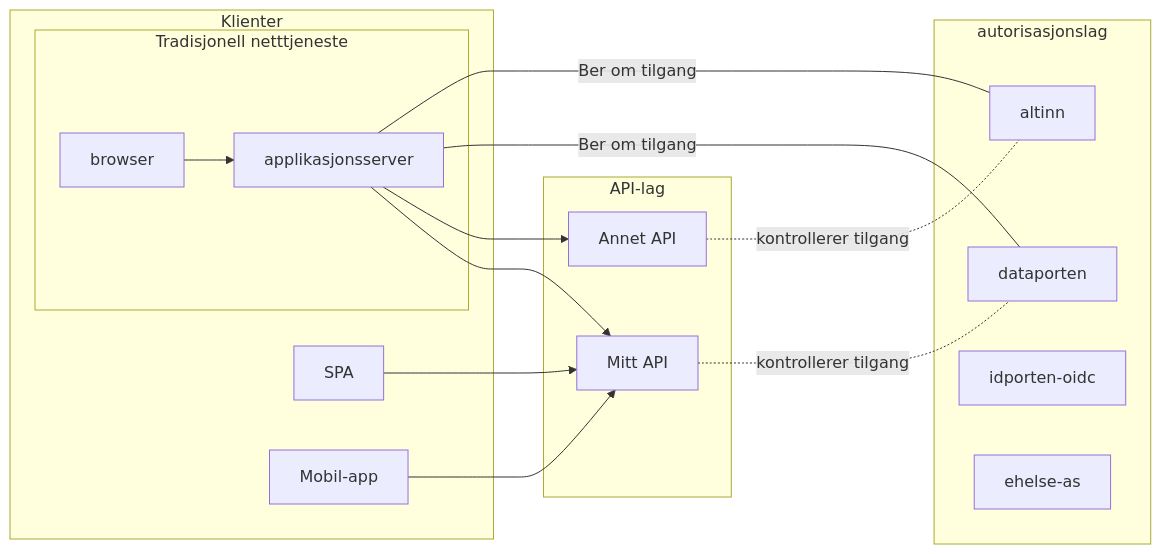
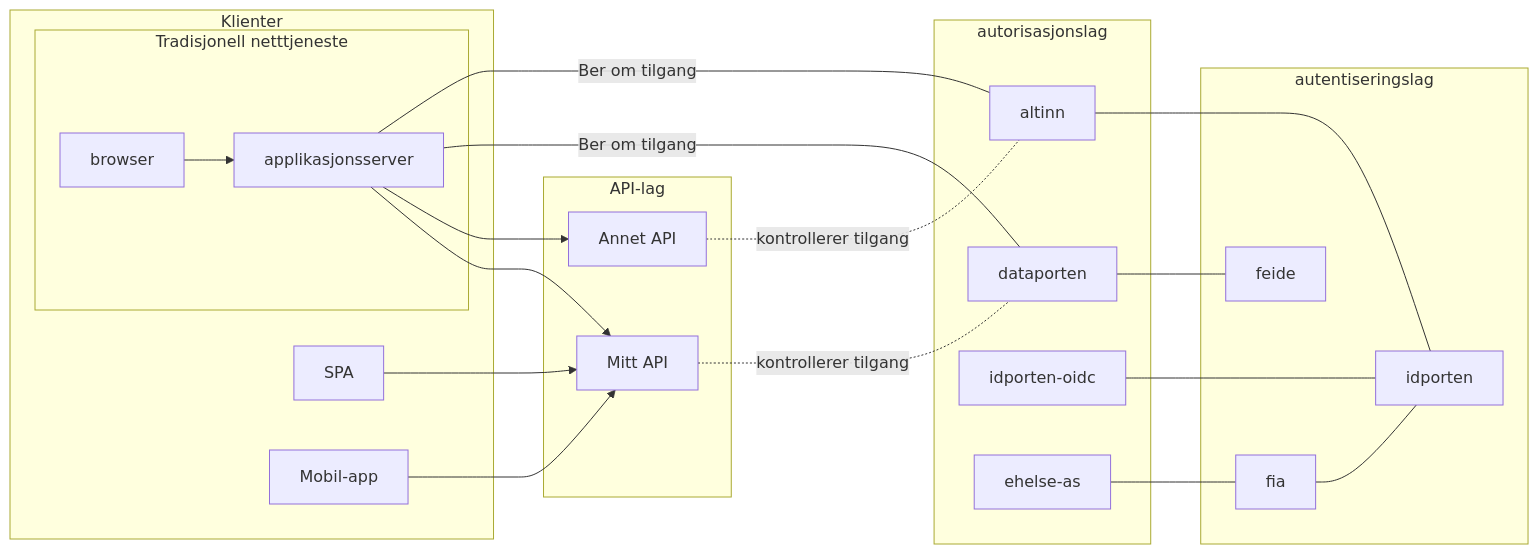
Before and after one commit to joergenb/oauth2-veileder: the diagram in pages/oauth2/systemlandskap.md, drawn with Mermaid. The commit also changed other lines of this file and 3 other files, not shown here.

```diff
--- a/pages/oauth2/systemlandskap.md
+++ b/pages/oauth2/systemlandskap.md
@@ -15,37 +15,49 @@
 <div class="mermaid">
 graph LR
 
  subgraph autorisasjonslag
   dataporten
   altinn
   idporten-oidc
   ehelse-as
  end
 
  subgraph API-lag
   mittapi["Mitt API"]
   dittapi["Annet API"]
 
   mittapi-. kontrollerer tilgang .- dataporten
   dittapi-. kontrollerer tilgang .- altinn
  end
 
  subgraph Klienter
   subgraph Tradisjonell netttjeneste
     browser
     applikasjonsserver
     browser-->applikasjonsserver
   end
   SPA
   native["Mobil-app"]
 
   applikasjonsserver-->mittapi
   applikasjonsserver-->dittapi
   applikasjonsserver-- Ber om tilgang --- dataporten
   applikasjonsserver-- Ber om tilgang --- altinn
 
   SPA-->mittapi
   native-->mittapi
  end
 
+ subgraph autentiseringslag
+   idporten
+   feide
+   fia
+
+   idporten-oidc  --- idporten
+   dataporten --- feide
+   altinn --- idporten
+   ehelse-as --- fia
+   fia --- idporten
+ end
+
 </div>
```
